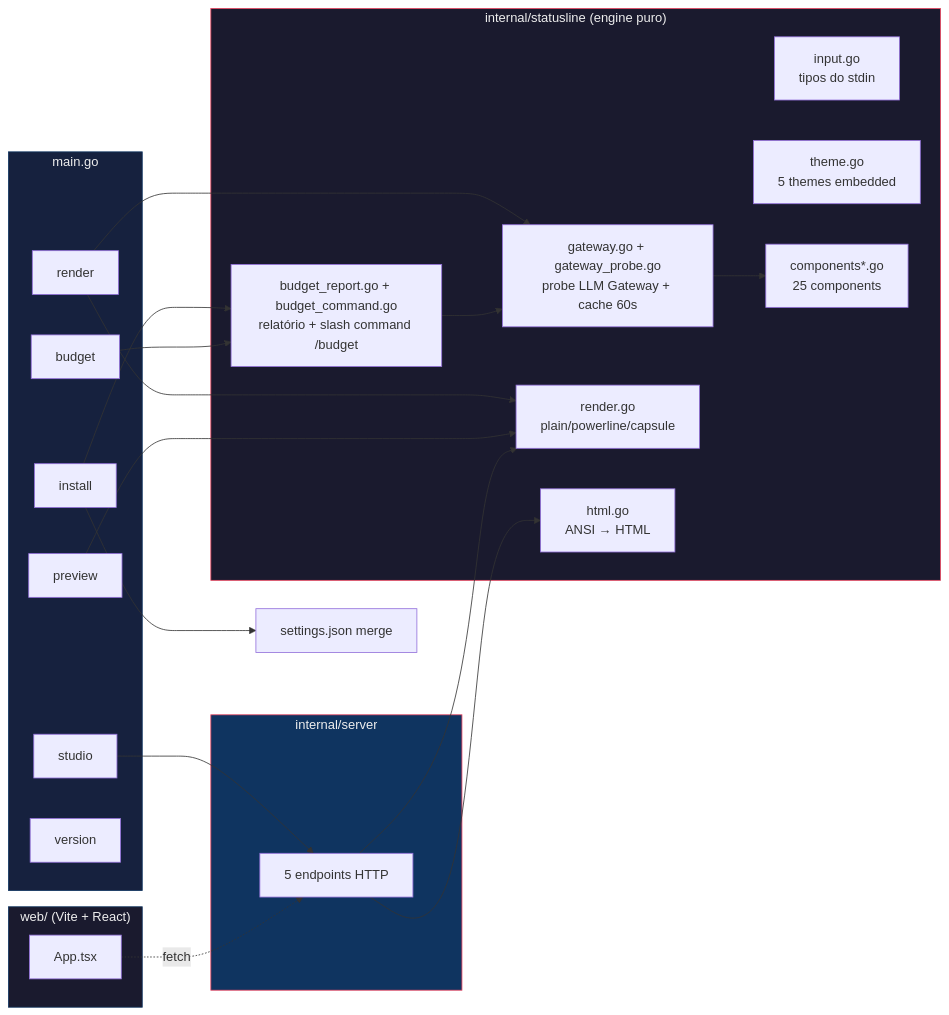
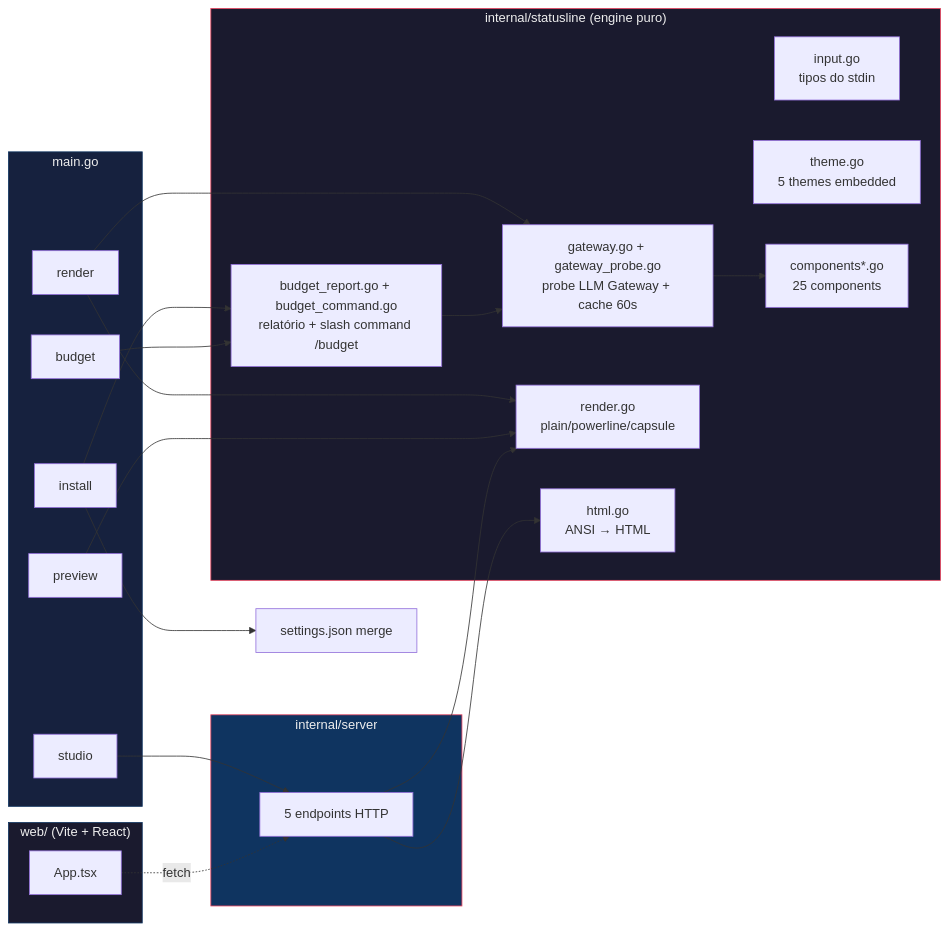
One commit to Felipeness/claude-statusline changed the second of 2 diagrams in README.md. Above: the diagram before and after it, drawn with Mermaid. The commit also changed 1 other file, not shown here.

Commit message:
docs: fix english gateway budget example and diagram
Claude-Session: https://claude.ai/code/session_01BmXA1PKfh5dnQKL3gEvvuA

````diff
--- a/README.md
+++ b/README.md
@@ -198,47 +198,46 @@
 ```mermaid
 flowchart LR
     subgraph engine ["internal/statusline (engine puro)"]
         I[input.go<br/>tipos do stdin]
         T[theme.go<br/>5 themes embedded]
         C[components*.go<br/>25 components]
         GW[gateway.go + gateway_probe.go<br/>probe LLM Gateway + cache 60s]
         BUD[budget_report.go + budget_command.go<br/>relatório + slash command /budget]
         R[render.go<br/>plain/powerline/capsule]
         H[html.go<br/>ANSI → HTML]
     end
 
     subgraph cli ["main.go"]
         REN[render]
         INS[install]
         PRE[preview]
         STU[studio]
         BGT[budget]
-        VER[version]
     end
 
     subgraph srv ["internal/server"]
         EP["5 endpoints HTTP"]
     end
 
     subgraph web ["web/ (Vite + React)"]
         APP[App.tsx]
     end
 
     REN --> R
     REN --> GW
     GW --> C
     PRE --> R
     STU --> EP
     EP --> R
     EP --> H
     INS --> CONF[settings.json merge]
     INS --> BUD
     BGT --> BUD
     BUD --> GW
     APP -.fetch.-> EP
 
     style engine fill:#1a1a2e,stroke:#e94560,color:#eee
     style cli fill:#16213e,stroke:#0f3460,color:#eee
     style srv fill:#0f3460,stroke:#e94560,color:#eee
     style web fill:#1a1a2e,stroke:#0f3460,color:#eee
 ```
````
